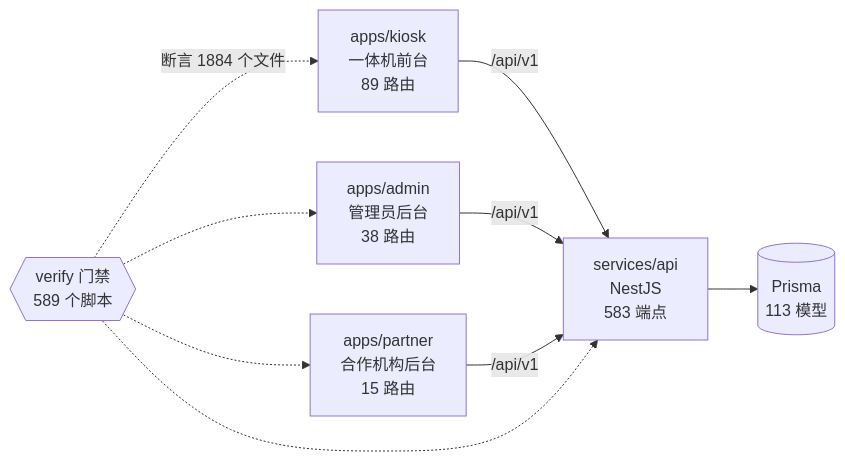
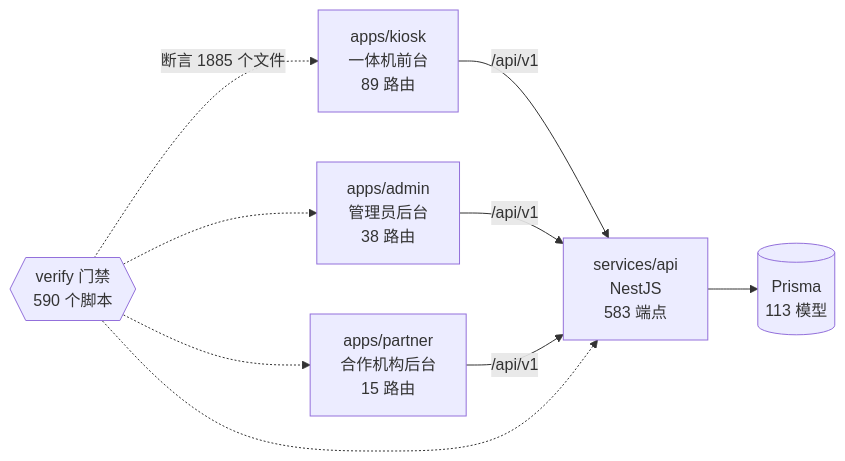
Before and after one commit to wanglei581/YITIJI: the diagram in docs/graph/README.md, drawn with Mermaid. The commit also changed other lines of this file and 3 other files, not shown here.

Commit message:
chore(graph): 全量替换线第四、五段后重生图谱

````diff
--- a/docs/graph/README.md
+++ b/docs/graph/README.md
@@ -68,18 +68,18 @@
 ```mermaid
 flowchart LR
   kiosk["apps/kiosk<br/>一体机前台<br/>89 路由"]
   admin["apps/admin<br/>管理员后台<br/>38 路由"]
   partner["apps/partner<br/>合作机构后台<br/>15 路由"]
   api["services/api<br/>NestJS<br/>583 端点"]
   db[("Prisma<br/>113 模型")]
-  gates{{"verify 门禁<br/>589 个脚本"}}
+  gates{{"verify 门禁<br/>590 个脚本"}}
 
   kiosk -->|"/api/v1"| api
   admin -->|"/api/v1"| api
   partner -->|"/api/v1"| api
   api --> db
-  gates -.->|"断言 1884 个文件"| kiosk
+  gates -.->|"断言 1885 个文件"| kiosk
   gates -.-> admin
   gates -.-> partner
   gates -.-> api
 ```
````
